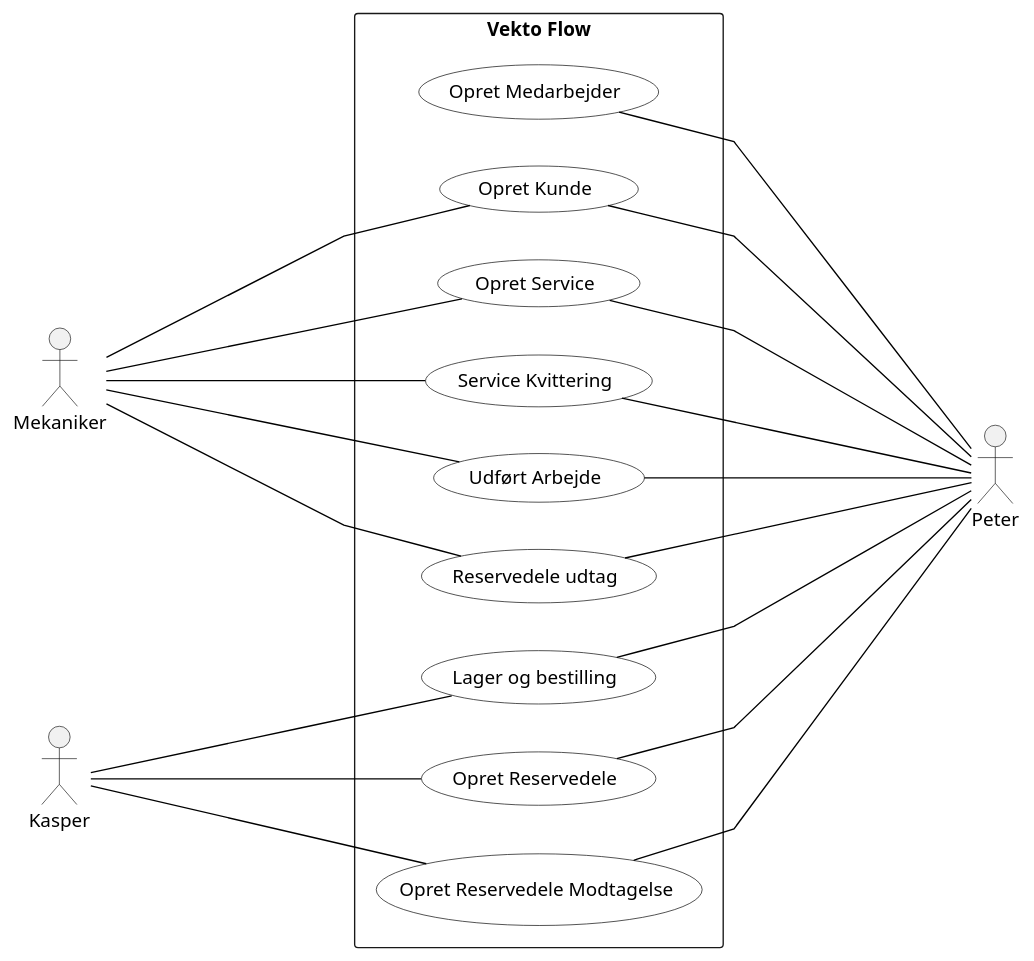
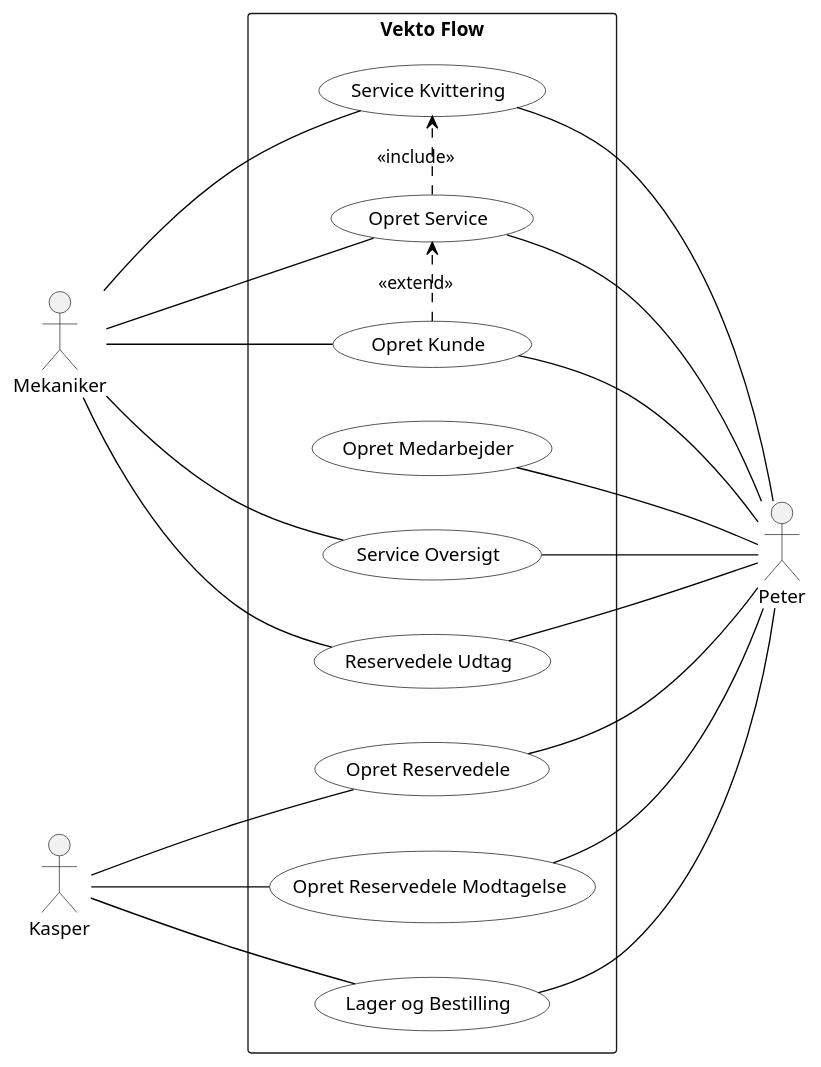
One commit to Zoabz/Getting-Real changed the diagram in 13. UseCase Diagram/UseDiagram Sprint 2.puml. Above: the diagram before and after it, drawn with PlantUML. The commit also changed other lines of this file and 1 other file, not shown here.

Commit message:
Usecasediagram 2

```diff
--- a/13. UseCase Diagram/UseDiagram Sprint 2.puml
+++ b/13. UseCase Diagram/UseDiagram Sprint 2.puml
@@ -1,48 +8,57 @@
 @startuml
 left to right direction
 
 skinparam usecaseBackgroundColor white
 skinparam usecaseBorderColor black
 skinparam actorStyle stickman
 skinparam shadowing false
 skinparam ArrowColor black
-skinparam linetype polyline
-skinparam ranksep 200
+skinparam ranksep 120
+skinparam nodesep 40
 
 actor "Mekaniker" as me
 actor "Kasper" as ka
 actor "Peter" as me2
 
 rectangle "Vekto Flow" {
   usecase "Opret Medarbejder" as UC1
   usecase "Opret Kunde" as UC2
   usecase "Opret Service" as UC3
   usecase "Service Kvittering" as UC4
-  usecase "Udført Arbejde" as UC5
-  usecase "Reservedele udtag" as UC6
-  usecase "Lager og bestilling" as UC7
+  usecase "Service Oversigt" as UC5
+  usecase "Reservedele Udtag" as UC6
+  usecase "Lager og Bestilling" as UC7
   usecase "Opret Reservedele" as UC8
   usecase "Opret Reservedele Modtagelse" as UC9
+}
 
-}
+' Relationer mellem use cases
+' UC3 udvidelse 3a: kunden findes ikke, så medarbejderen opretter kunden (UC2)
+UC2 .> UC3 : <<extend>>
+' UC3 trin 7: systemet viser altid servicekvitteringen, når servicen er oprettet
+UC3 .> UC4 : <<include>>
+
+' Mekaniker
+me -- UC2
+me -- UC3
+me -- UC4
+me -- UC5
+me -- UC6
+
+' Kasper
+ka -- UC7
+ka -- UC8
+ka -- UC9
+
+' Peter (til højre) kan alle use cases
 UC1 -- me2
 UC2 -- me2
 UC3 -- me2
 UC4 -- me2
 UC5 -- me2
 UC6 -- me2
 UC7 -- me2
 UC8 -- me2
 UC9 -- me2
 
-me -- UC2
-me -- UC3
-me -- UC4
-me -- UC5
-me -- UC6
-
-ka -- UC7
-ka -- UC8
-ka -- UC9
-
 @enduml
```
